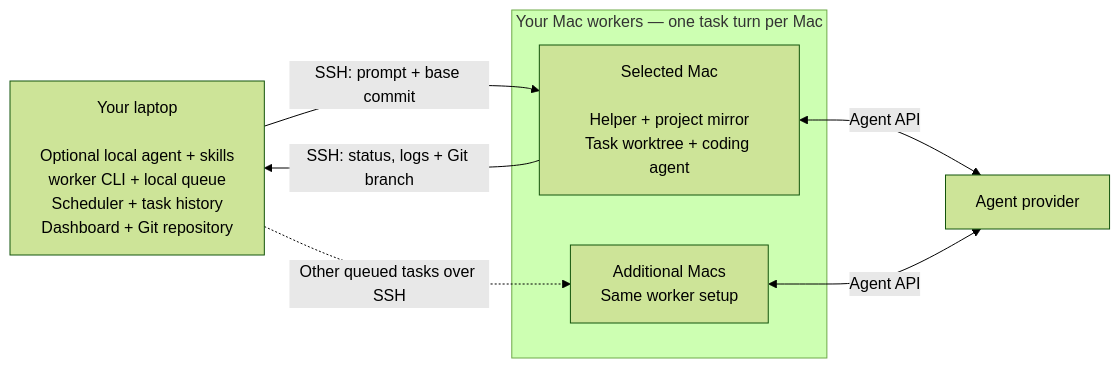
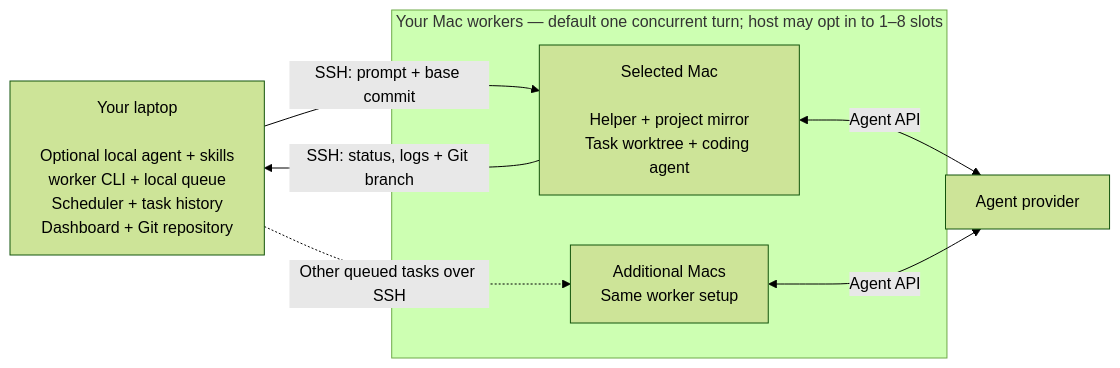
Before and after one commit to kirchik95/mac-worker: the diagram in README.md, drawn with Mermaid (forest theme). The commit also changed other lines of this file and 2 other files, not shown here.

First line of the commit message:
docs: align README and pool skills with slots, outbox, and review

````diff
--- a/README.md
+++ b/README.md
@@ -167,17 +173,17 @@
 ```mermaid
 flowchart LR
     laptop["Your laptop<br/><br/>Optional local agent + skills<br/>worker CLI + local queue<br/>Scheduler + task history<br/>Dashboard + Git repository"]
 
-    subgraph pool["Your Mac workers — one task turn per Mac"]
+    subgraph pool["Your Mac workers — default one concurrent turn; host may opt in to 1–8 slots"]
         selected["Selected Mac<br/><br/>Helper + project mirror<br/>Task worktree + coding agent"]
         others["Additional Macs<br/>Same worker setup"]
     end
 
     provider["Agent provider"]
 
     laptop -->|SSH: prompt + base commit| selected
     selected -->|SSH: status, logs + Git branch| laptop
     laptop -. Other queued tasks over SSH .-> others
     selected <-->|Agent API| provider
     others <-->|Agent API| provider
 ```
````
